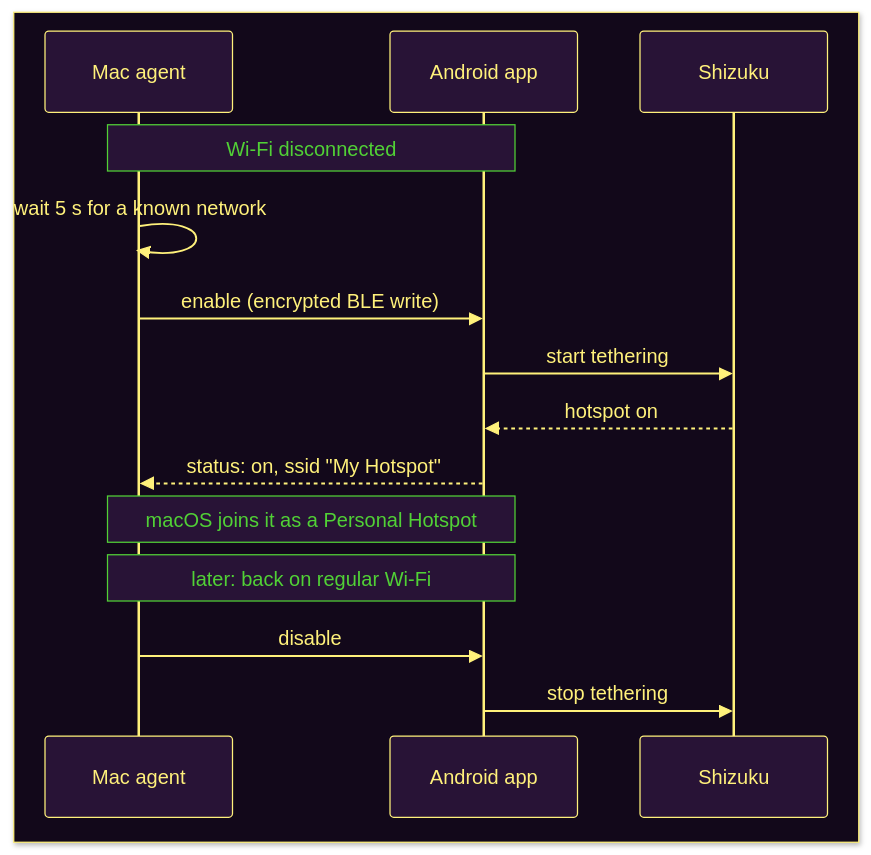
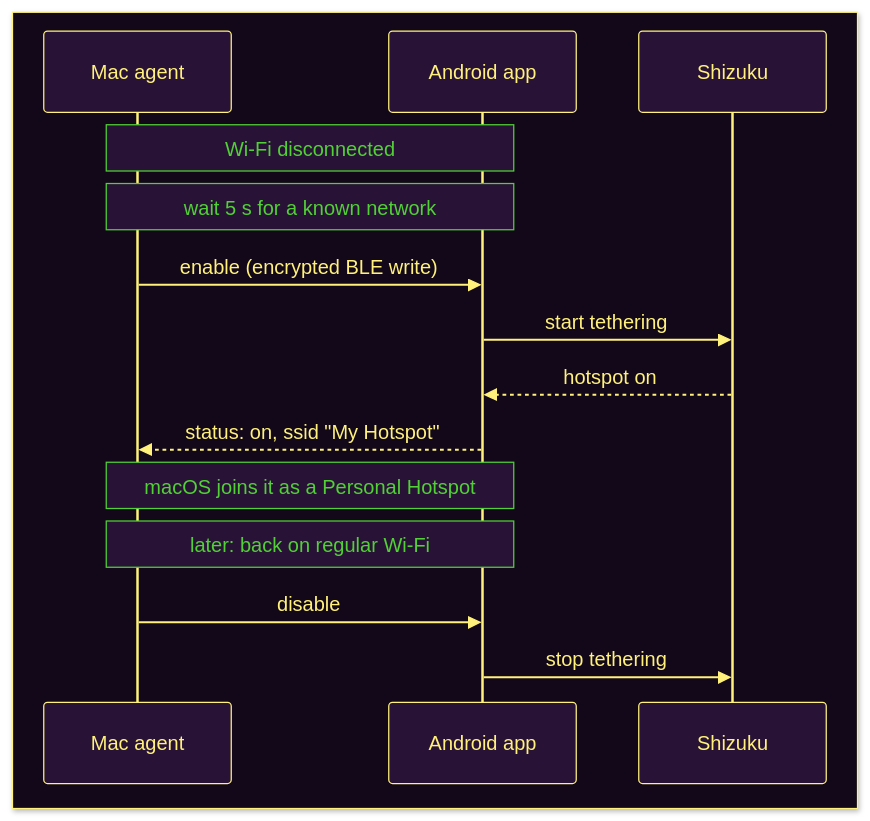
One commit to xav-ie/Tetherbug changed the first of 2 diagrams in README.md. Above: the diagram before and after it, drawn with Mermaid.

Commit message:
docs: show the Wi-Fi drop wait as a note
A note gets a purple background, so the line no longer runs through the text.

````diff
--- a/README.md
+++ b/README.md
@@ -31,19 +31,19 @@
 ```mermaid
 %%{init: {'theme': 'base', 'themeVariables': {'fontFamily': 'Helvetica, Arial, sans-serif', 'primaryColor': '#281336', 'primaryTextColor': '#fff17b', 'primaryBorderColor': '#fff17b', 'lineColor': '#fff17b', 'textColor': '#fff17b', 'clusterBkg': '#12081a', 'clusterBorder': '#51d136', 'titleColor': '#51d136', 'edgeLabelBackground': '#12081a', 'actorBkg': '#281336', 'actorBorder': '#fff17b', 'actorTextColor': '#fff17b', 'actorLineColor': '#fff17b', 'signalColor': '#fff17b', 'signalTextColor': '#fff17b', 'noteBkgColor': '#281336', 'noteTextColor': '#51d136', 'noteBorderColor': '#51d136'}}}%%
 sequenceDiagram
     box rgb(18, 8, 26)
     participant Mac as Mac agent
     participant Phone as Android app
     participant Shizuku
     end
     Note over Mac,Phone: Wi-Fi disconnected
-    Mac->>Mac: wait 5 s for a known network
+    Note over Mac,Phone: wait 5 s for a known network
     Mac->>Phone: enable (encrypted BLE write)
     Phone->>Shizuku: start tethering
     Shizuku-->>Phone: hotspot on
     Phone-->>Mac: status: on, ssid "My Hotspot"
     Note over Mac,Phone: macOS joins it as a Personal Hotspot
     Note over Mac,Phone: later: back on regular Wi-Fi
     Mac->>Phone: disable
     Phone->>Shizuku: stop tethering
 ```
````
